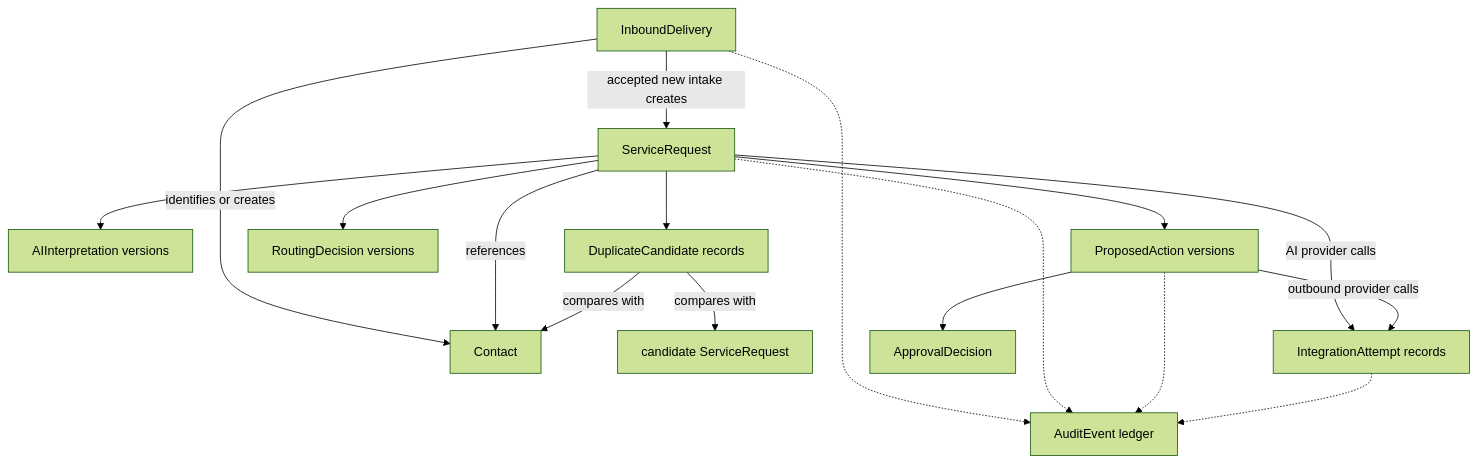
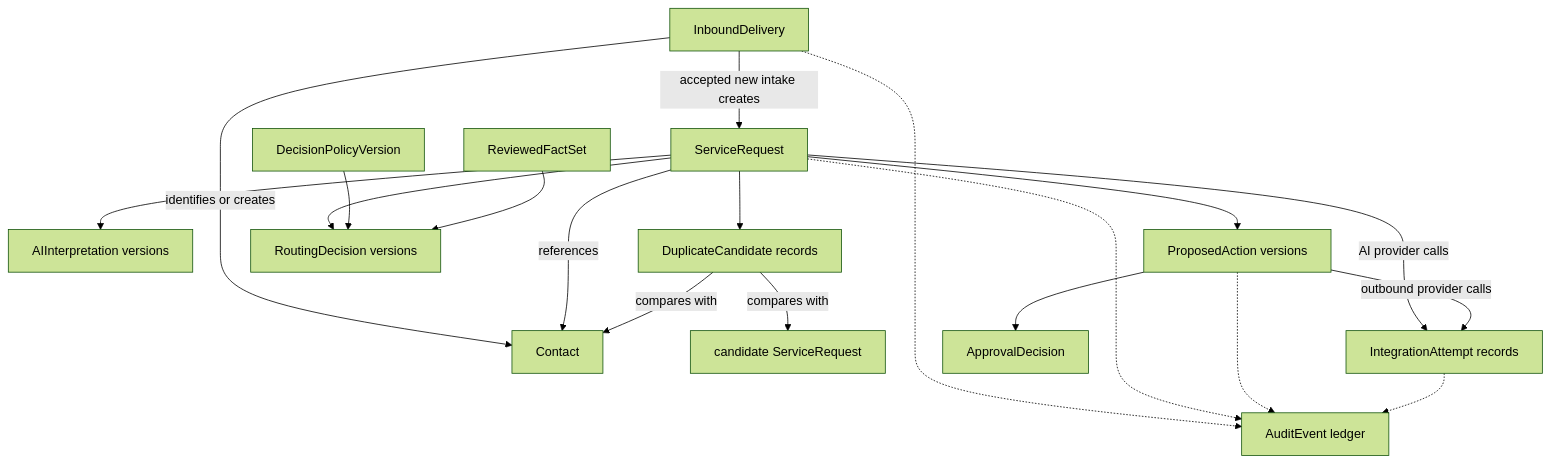
Before and after one commit to Ivorocious/AI-oas: the diagram in docs/domain-model.md, drawn with Mermaid (forest theme). The commit also changed other lines of this file and 11 other files, not shown here.

````diff
--- a/docs/domain-model.md
+++ b/docs/domain-model.md
@@ -22,19 +23,21 @@
 ```mermaid
 flowchart TB
     ID["InboundDelivery"] -->|"accepted new intake creates"| SR["ServiceRequest"]
     ID -->|"identifies or creates"| C["Contact"]
     SR -->|"references"| C
     SR --> AI["AIInterpretation versions"]
     SR --> DC["DuplicateCandidate records"]
     DC -->|"compares with"| C
     DC -->|"compares with"| SR2["candidate ServiceRequest"]
     SR --> RD["RoutingDecision versions"]
+    DP["DecisionPolicyVersion"] --> RD
+    RF["ReviewedFactSet"] --> RD
     SR --> PA["ProposedAction versions"]
     SR -->|"AI provider calls"| IA["IntegrationAttempt records"]
     PA --> AD["ApprovalDecision"]
     PA -->|"outbound provider calls"| IA
     ID -.-> AE["AuditEvent ledger"]
     SR -.-> AE
     PA -.-> AE
     IA -.-> AE
 ```
````
